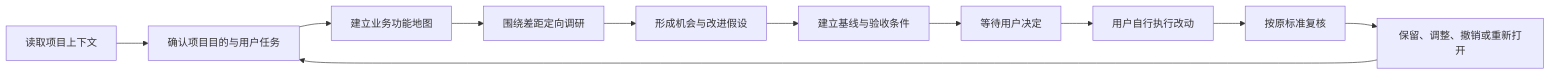
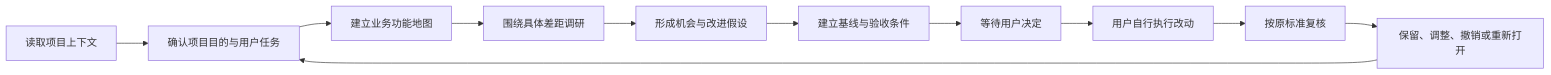
The diagram in README.zh-CN.md (L-L-L-Owen/project-evolution), drawn with Mermaid before and after one commit. The commit also changed other lines of this file and 5 other files, not shown here.

````diff
--- a/README.zh-CN.md
+++ b/README.zh-CN.md
@@ -38,13 +33,13 @@
 ```mermaid
 flowchart LR
     A[读取项目上下文] --> B[确认项目目的与用户任务]
     B --> C[建立业务功能地图]
-    C --> D[围绕差距定向调研]
+    C --> D[围绕具体差距调研]
     D --> E[形成机会与改进假设]
     E --> F[建立基线与验收条件]
     F --> G[等待用户决定]
     G --> H[用户自行执行改动]
     H --> I[按原标准复核]
     I --> J[保留、调整、撤销或重新打开]
     J --> B
 ```
````
